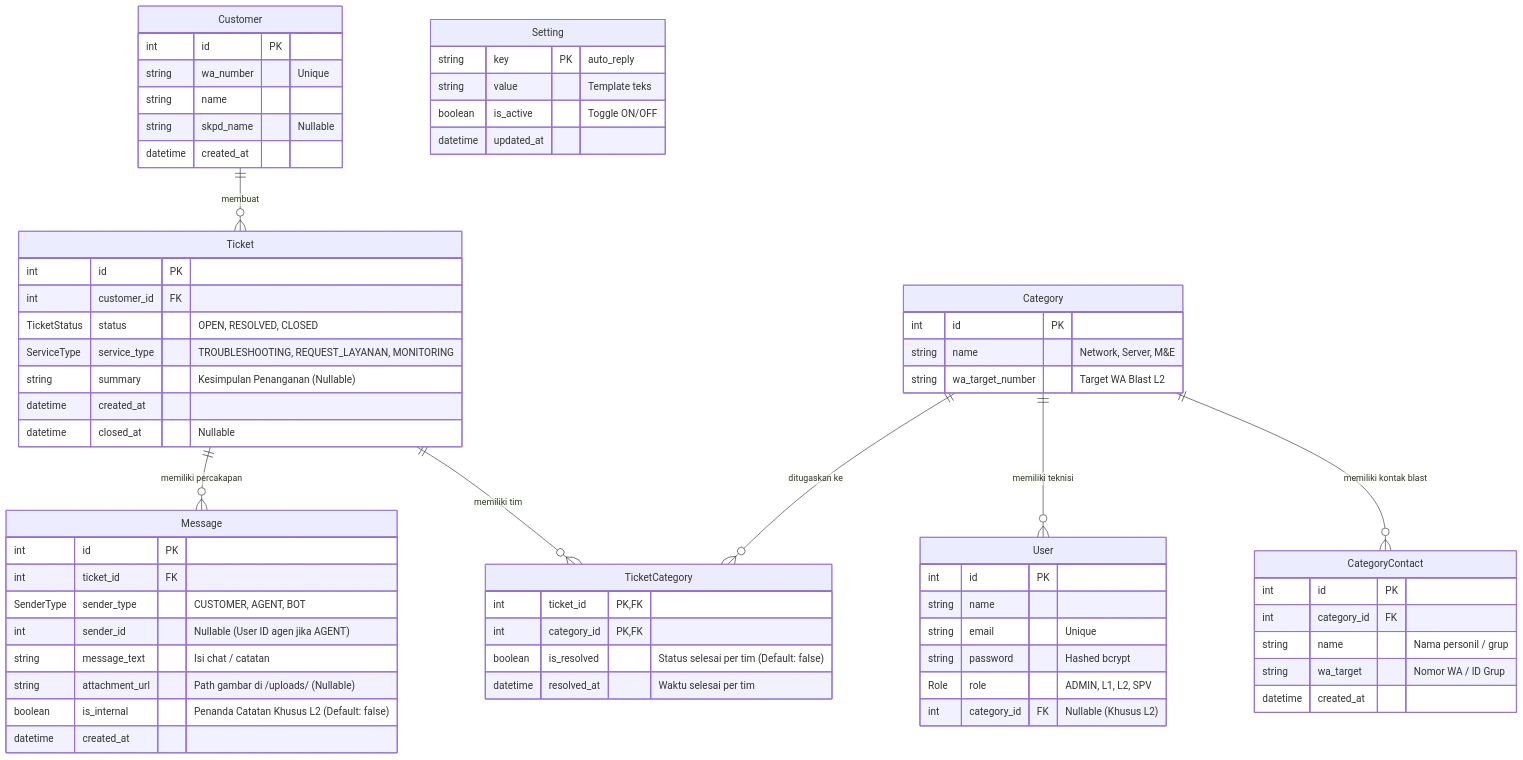
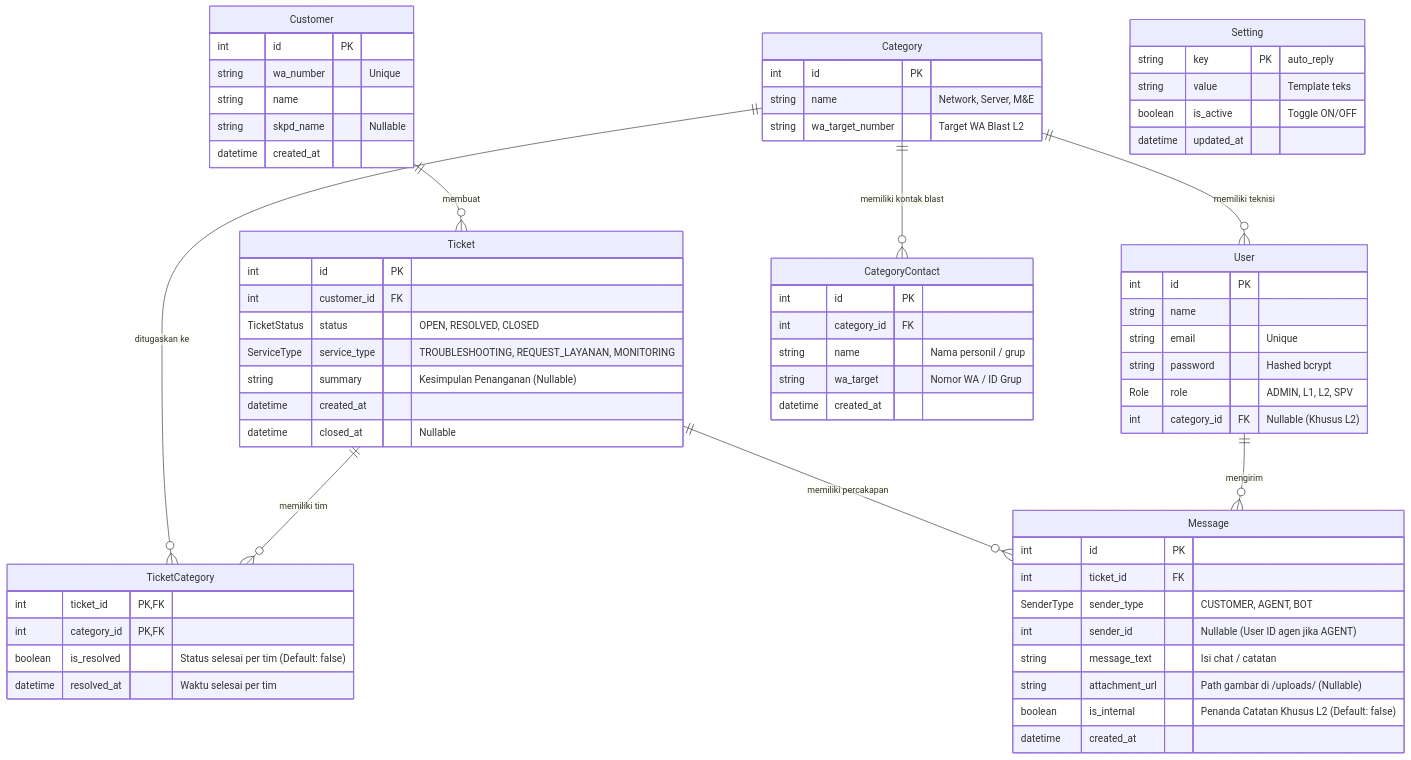
Before and after one commit to llaurensius/hts-chat-integration: the diagram in docs/Database_Schema.md, drawn with Mermaid. The commit also changed other lines of this file and 12 other files, not shown here.

````diff
--- a/docs/Database_Schema.md
+++ b/docs/Database_Schema.md
@@ -10,75 +10,76 @@
 ```mermaid
 erDiagram
     Customer ||--o{ Ticket : "membuat"
     Category ||--o{ User : "memiliki teknisi"
     Category ||--o{ TicketCategory : "ditugaskan ke"
     Category ||--o{ CategoryContact : "memiliki kontak blast"
     Ticket ||--o{ TicketCategory : "memiliki tim"
     Ticket ||--o{ Message : "memiliki percakapan"
+    User ||--o{ Message : "mengirim"
 
     Customer {
         int id PK
         string wa_number "Unique"
         string name
         string skpd_name "Nullable"
         datetime created_at
     }
 
     Category {
         int id PK
         string name "Network, Server, M&E"
         string wa_target_number "Target WA Blast L2"
     }
 
     User {
         int id PK
         string name
         string email "Unique"
         string password "Hashed bcrypt"
         Role role "ADMIN, L1, L2, SPV"
         int category_id FK "Nullable (Khusus L2)"
     }
 
     Ticket {
         int id PK
         int customer_id FK
         TicketStatus status "OPEN, RESOLVED, CLOSED"
         ServiceType service_type "TROUBLESHOOTING, REQUEST_LAYANAN, MONITORING"
         string summary "Kesimpulan Penanganan (Nullable)"
         datetime created_at
         datetime closed_at "Nullable"
     }
 
     TicketCategory {
         int ticket_id PK, FK
         int category_id PK, FK
         boolean is_resolved "Status selesai per tim (Default: false)"
         datetime resolved_at "Waktu selesai per tim"
     }
 
 
     CategoryContact {
         int id PK
         int category_id FK
         string name "Nama personil / grup"
         string wa_target "Nomor WA / ID Grup"
         datetime created_at
     }
 
     Setting {
         string key PK "auto_reply"
         string value "Template teks"
         boolean is_active "Toggle ON/OFF"
         datetime updated_at
     }
     Message {
         int id PK
         int ticket_id FK
         SenderType sender_type "CUSTOMER, AGENT, BOT"
         int sender_id "Nullable (User ID agen jika AGENT)"
         string message_text "Isi chat / catatan"
         string attachment_url "Path gambar di /uploads/ (Nullable)"
         boolean is_internal "Penanda Catatan Khusus L2 (Default: false)"
         datetime created_at
     }
 ```
````
